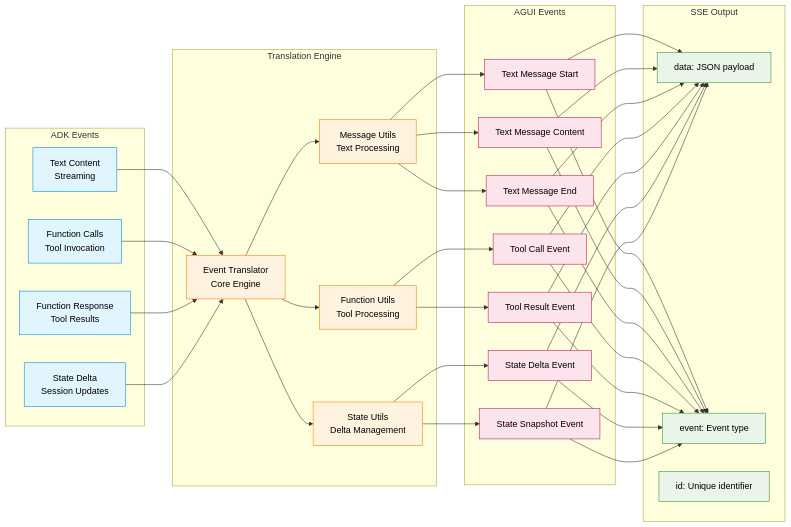
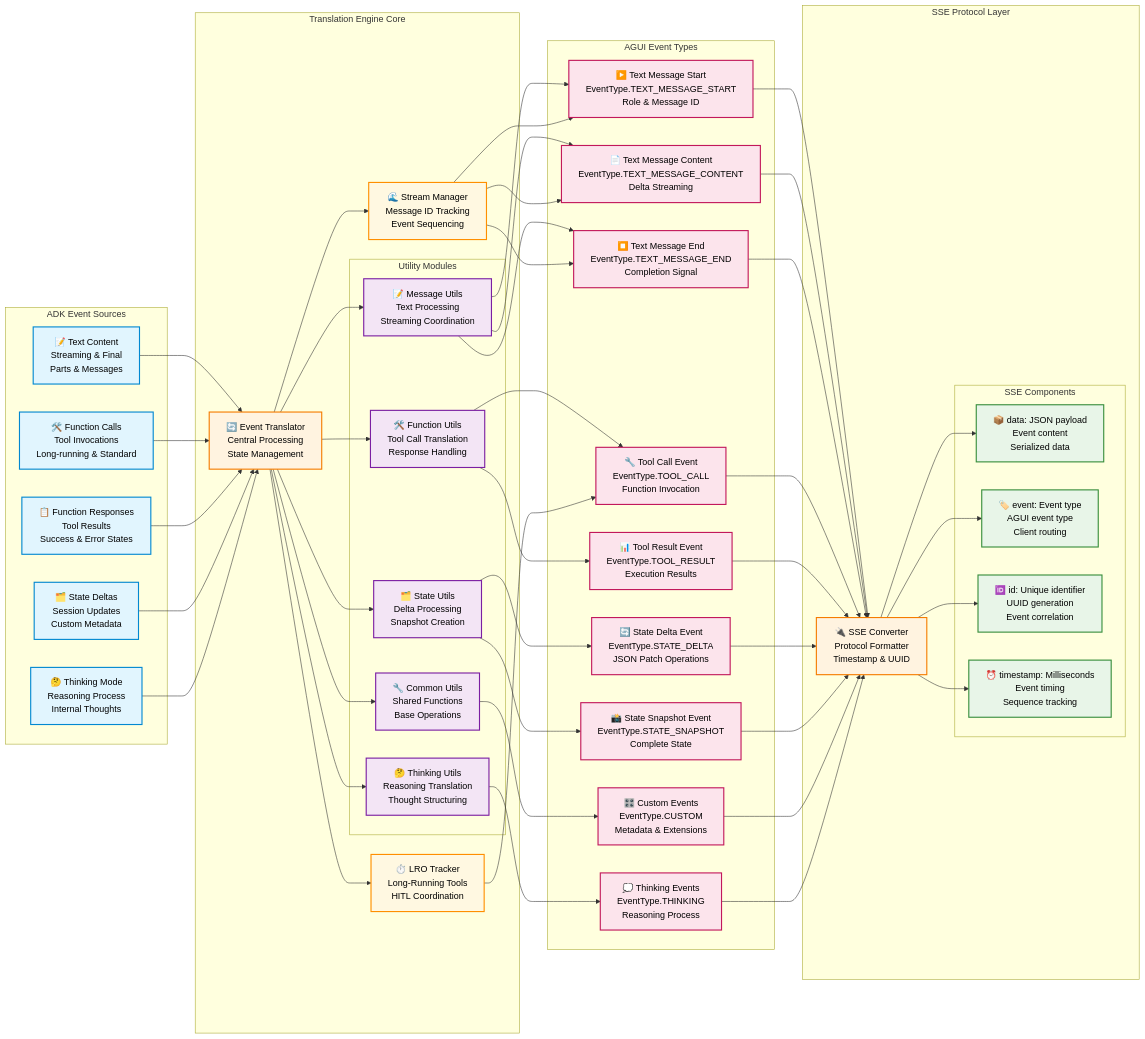
The second of 6 diagrams in README.md (trendmicro/adk-agui-middleware), drawn with Mermaid before and after one commit. The commit also changed other lines of this file and 4 other files, not shown here.

````diff
--- a/README.md
+++ b/README.md
@@ -158,79 +207,120 @@
 ```mermaid
 graph LR
-    subgraph "ADK Events"
-        ADK_TEXT[Text Content<br/>Streaming]
-        ADK_FUNC[Function Calls<br/>Tool Invocation]
-        ADK_RESP[Function Response<br/>Tool Results]
-        ADK_STATE[State Delta<br/>Session Updates]
+    subgraph "ADK Event Sources"
+        ADK_TEXT[📝 Text Content<br/>Streaming & Final<br/>Parts & Messages]
+        ADK_FUNC[🛠️ Function Calls<br/>Tool Invocations<br/>Long-running & Standard]
+        ADK_RESP[📋 Function Responses<br/>Tool Results<br/>Success & Error States]
+        ADK_STATE[🗂️ State Deltas<br/>Session Updates<br/>Custom Metadata]
+        ADK_THINK[🤔 Thinking Mode<br/>Reasoning Process<br/>Internal Thoughts]
     end
 
-    subgraph "Translation Engine"
-        TRANSLATOR[Event Translator<br/>Core Engine]
-        MSG_UTIL[Message Utils<br/>Text Processing]
-        FUNC_UTIL[Function Utils<br/>Tool Processing]
-        STATE_UTIL[State Utils<br/>Delta Management]
+    subgraph "Translation Engine Core"
+        TRANSLATOR[🔄 Event Translator<br/>Central Processing<br/>State Management]
+
+        subgraph "Utility Modules"
+            MSG_UTIL[📝 Message Utils<br/>Text Processing<br/>Streaming Coordination]
+            FUNC_UTIL[🛠️ Function Utils<br/>Tool Call Translation<br/>Response Handling]
+            STATE_UTIL[🗂️ State Utils<br/>Delta Processing<br/>Snapshot Creation]
+            THK_UTIL[🤔 Thinking Utils<br/>Reasoning Translation<br/>Thought Structuring]
+            COMMON_UTIL[🔧 Common Utils<br/>Shared Functions<br/>Base Operations]
+        end
+
+        STREAM_MGR[🌊 Stream Manager<br/>Message ID Tracking<br/>Event Sequencing]
+        LRO_TRACKER[⏱️ LRO Tracker<br/>Long-Running Tools<br/>HITL Coordination]
     end
 
-    subgraph "AGUI Events"
-        AGUI_START[Text Message Start]
-        AGUI_CONTENT[Text Message Content]
-        AGUI_END[Text Message End]
-        AGUI_TOOL[Tool Call Event]
-        AGUI_RESULT[Tool Result Event]
-        AGUI_DELTA[State Delta Event]
-        AGUI_SNAPSHOT[State Snapshot Event]
+    subgraph "AGUI Event Types"
+        AGUI_START[▶️ Text Message Start<br/>EventType.TEXT_MESSAGE_START<br/>Role & Message ID]
+        AGUI_CONTENT[📄 Text Message Content<br/>EventType.TEXT_MESSAGE_CONTENT<br/>Delta Streaming]
+        AGUI_END[⏹️ Text Message End<br/>EventType.TEXT_MESSAGE_END<br/>Completion Signal]
+
+        AGUI_TOOL_CALL[🔧 Tool Call Event<br/>EventType.TOOL_CALL<br/>Function Invocation]
+        AGUI_TOOL_RESULT[📊 Tool Result Event<br/>EventType.TOOL_RESULT<br/>Execution Results]
+
+        AGUI_STATE_DELTA[🔄 State Delta Event<br/>EventType.STATE_DELTA<br/>JSON Patch Operations]
+        AGUI_STATE_SNAP[📸 State Snapshot Event<br/>EventType.STATE_SNAPSHOT<br/>Complete State]
+
+        AGUI_CUSTOM[🎛️ Custom Events<br/>EventType.CUSTOM<br/>Metadata & Extensions]
+        AGUI_THINKING[💭 Thinking Events<br/>EventType.THINKING<br/>Reasoning Process]
     end
 
-    subgraph "SSE Output"
-        SSE_DATA[data: JSON payload]
-        SSE_EVENT[event: Event type]
-        SSE_ID[id: Unique identifier]
+    subgraph "SSE Protocol Layer"
+        SSE_CONVERTER[🔌 SSE Converter<br/>Protocol Formatter<br/>Timestamp & UUID]
+
+        subgraph "SSE Components"
+            SSE_DATA[📦 data: JSON payload<br/>Event content<br/>Serialized data]
+            SSE_EVENT[🏷️ event: Event type<br/>AGUI event type<br/>Client routing]
+            SSE_ID[🆔 id: Unique identifier<br/>UUID generation<br/>Event correlation]
+            SSE_TIME[⏰ timestamp: Milliseconds<br/>Event timing<br/>Sequence tracking]
+        end
     end
 
-    %% ADK to Translation
+    %% ADK to Translation Engine
     ADK_TEXT --> TRANSLATOR
     ADK_FUNC --> TRANSLATOR
     ADK_RESP --> TRANSLATOR
     ADK_STATE --> TRANSLATOR
+    ADK_THINK --> TRANSLATOR
 
-    %% Translation processing
+    %% Translation Engine Processing
     TRANSLATOR --> MSG_UTIL
     TRANSLATOR --> FUNC_UTIL
     TRANSLATOR --> STATE_UTIL
+    TRANSLATOR --> THK_UTIL
+    TRANSLATOR --> COMMON_UTIL
 
-    %% Translation to AGUI
+    TRANSLATOR --> STREAM_MGR
+    TRANSLATOR --> LRO_TRACKER
+
+    %% Utility to AGUI Event Generation
     MSG_UTIL --> AGUI_START
     MSG_UTIL --> AGUI_CONTENT
     MSG_UTIL --> AGUI_END
-    FUNC_UTIL --> AGUI_TOOL
-    FUNC_UTIL --> AGUI_RESULT
-    STATE_UTIL --> AGUI_DELTA
-    STATE_UTIL --> AGUI_SNAPSHOT
 
-    %% AGUI to SSE
-    AGUI_START --> SSE_DATA
-    AGUI_CONTENT --> SSE_DATA
-    AGUI_END --> SSE_DATA
-    AGUI_TOOL --> SSE_DATA
-    AGUI_RESULT --> SSE_DATA
-    AGUI_DELTA --> SSE_DATA
-    AGUI_SNAPSHOT --> SSE_DATA
+    FUNC_UTIL --> AGUI_TOOL_CALL
+    FUNC_UTIL --> AGUI_TOOL_RESULT
 
-    AGUI_START --> SSE_EVENT
-    AGUI_CONTENT --> SSE_EVENT
-    AGUI_END --> SSE_EVENT
-    AGUI_TOOL --> SSE_EVENT
-    AGUI_RESULT --> SSE_EVENT
-    AGUI_DELTA --> SSE_EVENT
-    AGUI_SNAPSHOT --> SSE_EVENT
+    STATE_UTIL --> AGUI_STATE_DELTA
+    STATE_UTIL --> AGUI_STATE_SNAP
 
-    classDef adk fill:#e1f5fe,color:#000,stroke:#0288d1
-    classDef translation fill:#fff3e0,color:#000,stroke:#f57c00
-    classDef agui fill:#fce4ec,color:#000,stroke:#c2185b
-    classDef sse fill:#e8f5e8,color:#000,stroke:#388e3c
+    THK_UTIL --> AGUI_THINKING
+    COMMON_UTIL --> AGUI_CUSTOM
 
-    class ADK_TEXT,ADK_FUNC,ADK_RESP,ADK_STATE adk
-    class TRANSLATOR,MSG_UTIL,FUNC_UTIL,STATE_UTIL translation
-    class AGUI_START,AGUI_CONTENT,AGUI_END,AGUI_TOOL,AGUI_RESULT,AGUI_DELTA,AGUI_SNAPSHOT agui
-    class SSE_DATA,SSE_EVENT,SSE_ID sse
+    %% Stream & LRO Management
+    STREAM_MGR --> AGUI_START
+    STREAM_MGR --> AGUI_CONTENT
+    STREAM_MGR --> AGUI_END
+    LRO_TRACKER --> AGUI_TOOL_CALL
+
+    %% AGUI to SSE Conversion
+    AGUI_START --> SSE_CONVERTER
+    AGUI_CONTENT --> SSE_CONVERTER
+    AGUI_END --> SSE_CONVERTER
+    AGUI_TOOL_CALL --> SSE_CONVERTER
+    AGUI_TOOL_RESULT --> SSE_CONVERTER
+    AGUI_STATE_DELTA --> SSE_CONVERTER
+    AGUI_STATE_SNAP --> SSE_CONVERTER
+    AGUI_CUSTOM --> SSE_CONVERTER
+    AGUI_THINKING --> SSE_CONVERTER
+
+    %% SSE Component Generation
+    SSE_CONVERTER --> SSE_DATA
+    SSE_CONVERTER --> SSE_EVENT
+    SSE_CONVERTER --> SSE_ID
+    SSE_CONVERTER --> SSE_TIME
+
+    %% Styling
+    classDef adk fill:#e1f5fe,color:#000,stroke:#0288d1,stroke-width:2px
+    classDef translation fill:#fff3e0,color:#000,stroke:#f57c00,stroke-width:2px
+    classDef utils fill:#f3e5f5,color:#000,stroke:#7b1fa2,stroke-width:2px
+    classDef agui fill:#fce4ec,color:#000,stroke:#c2185b,stroke-width:2px
+    classDef sse fill:#e8f5e8,color:#000,stroke:#388e3c,stroke-width:2px
+    classDef management fill:#fff8e1,color:#000,stroke:#ff8f00,stroke-width:2px
+
+    class ADK_TEXT,ADK_FUNC,ADK_RESP,ADK_STATE,ADK_THINK adk
+    class TRANSLATOR,SSE_CONVERTER translation
+    class MSG_UTIL,FUNC_UTIL,STATE_UTIL,THK_UTIL,COMMON_UTIL utils
+    class AGUI_START,AGUI_CONTENT,AGUI_END,AGUI_TOOL_CALL,AGUI_TOOL_RESULT,AGUI_STATE_DELTA,AGUI_STATE_SNAP,AGUI_CUSTOM,AGUI_THINKING agui
+    class SSE_DATA,SSE_EVENT,SSE_ID,SSE_TIME sse
+    class STREAM_MGR,LRO_TRACKER management
 ```
````
